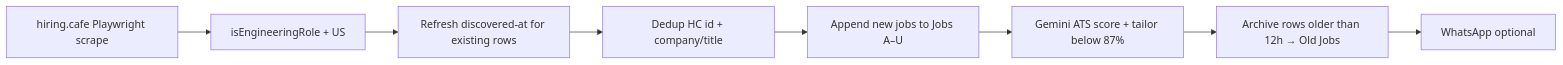
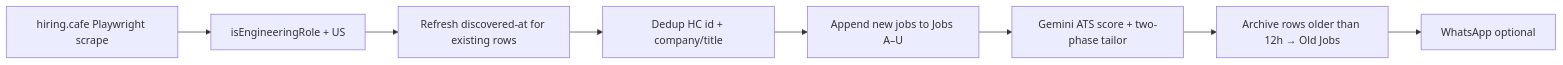
Before and after one commit to koundinyapidaparthydev/koundinyaportfolio: the diagram in docs/JOBS-PIPELINE.md, drawn with Mermaid. The commit also changed other lines of this file and 11 other files, not shown here.

First line of the commit message:
Implement two-phase resume tailoring with higher save threshold.

````diff
--- a/docs/JOBS-PIPELINE.md
+++ b/docs/JOBS-PIPELINE.md
@@ -15,11 +15,11 @@
 ```mermaid
 flowchart LR
   HC[hiring.cafe Playwright scrape]
   HC --> Filter[isEngineeringRole + US]
   Filter --> Refresh[Refresh discovered-at for existing rows]
   Refresh --> Dedup[Dedup HC id + company/title]
   Dedup --> Sheet[Append new jobs to Jobs A–U]
-  Sheet --> ATS[Gemini ATS score + tailor below 87%]
+  Sheet --> ATS[Gemini ATS score + two-phase tailor]
   ATS --> Archive[Archive rows older than 12h → Old Jobs]
   Archive --> Notify[WhatsApp optional]
 ```
````
